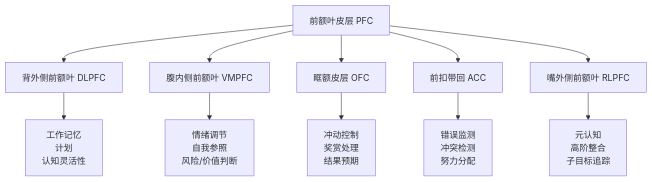
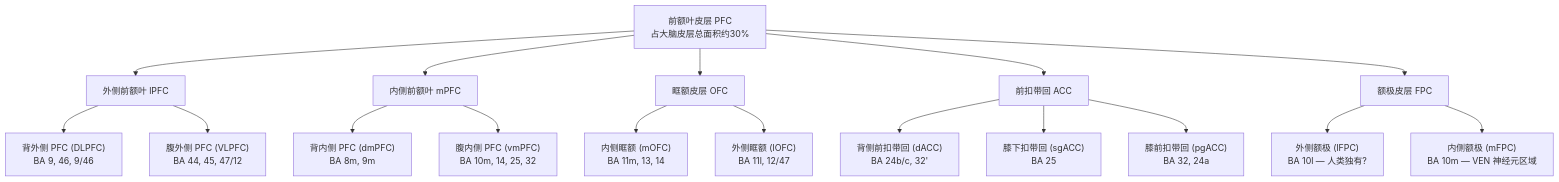
The first of 3 diagrams in 2.Math/前额叶皮层.md (aawujie/obsidian-notes), drawn with Mermaid before and after one commit. The commit also changed other lines of this file and 5 other files, not shown here.

````diff
--- a/2.Math/前额叶皮层.md
+++ b/2.Math/前额叶皮层.md
@@ -18,14 +127,24 @@
 ```mermaid
 graph TD
-    PFC[前额叶皮层 PFC] --> DLPFC[背外侧前额叶 DLPFC]
-    PFC --> VMPFC[腹内侧前额叶 VMPFC]
-    PFC --> OFC[眶额皮层 OFC]
-    PFC --> ACC[前扣带回 ACC]
-    PFC --> RLPFC[嘴外侧前额叶 RLPFC]
+    PFC["前额叶皮层 PFC<br>占大脑皮层总面积约30%"] --> LPFC["外侧前额叶 lPFC"]
+    PFC --> MPFC["内侧前额叶 mPFC"]
+    PFC --> OFC["眶额皮层 OFC"]
+    PFC --> ACC["前扣带回 ACC"]
+    PFC --> FPC["额极皮层 FPC"]
 
-    DLPFC --> DLPFC_F["工作记忆<br>计划<br>认知灵活性"]
-    VMPFC --> VMPFC_F["情绪调节<br>自我参照<br>风险/价值判断"]
-    OFC --> OFC_F["冲动控制<br>奖赏处理<br>结果预期"]
-    ACC --> ACC_F["错误监测<br>冲突检测<br>努力分配"]
-    RLPFC --> RLPFC_F["元认知<br>高阶整合<br>子目标追踪"]
+    LPFC --> DLPFC["背外侧 PFC (DLPFC)<br>BA 9, 46, 9/46"]
+    LPFC --> VLPFC["腹外侧 PFC (VLPFC)<br>BA 44, 45, 47/12"]
+
+    MPFC --> DMPFC["背内侧 PFC (dmPFC)<br>BA 8m, 9m"]
+    MPFC --> VMPFC["腹内侧 PFC (vmPFC)<br>BA 10m, 14, 25, 32"]
+
+    OFC --> MOFC["内侧眶额 (mOFC)<br>BA 11m, 13, 14"]
+    OFC --> LOFC["外侧眶额 (lOFC)<br>BA 11l, 12/47"]
+
+    ACC --> DACC["背侧前扣带回 (dACC)<br>BA 24b/c, 32'"]
+    ACC --> SGACC["膝下扣带回 (sgACC)<br>BA 25"]
+    ACC --> PGACC["膝前扣带回 (pgACC)<br>BA 32, 24a"]
+
+    FPC --> LFP["外侧额极 (lFPC)<br>BA 10l — 人类独有?"]
+    FPC --> MFP["内侧额极 (mFPC)<br>BA 10m — VEN 神经元区域"]
 ```
````
